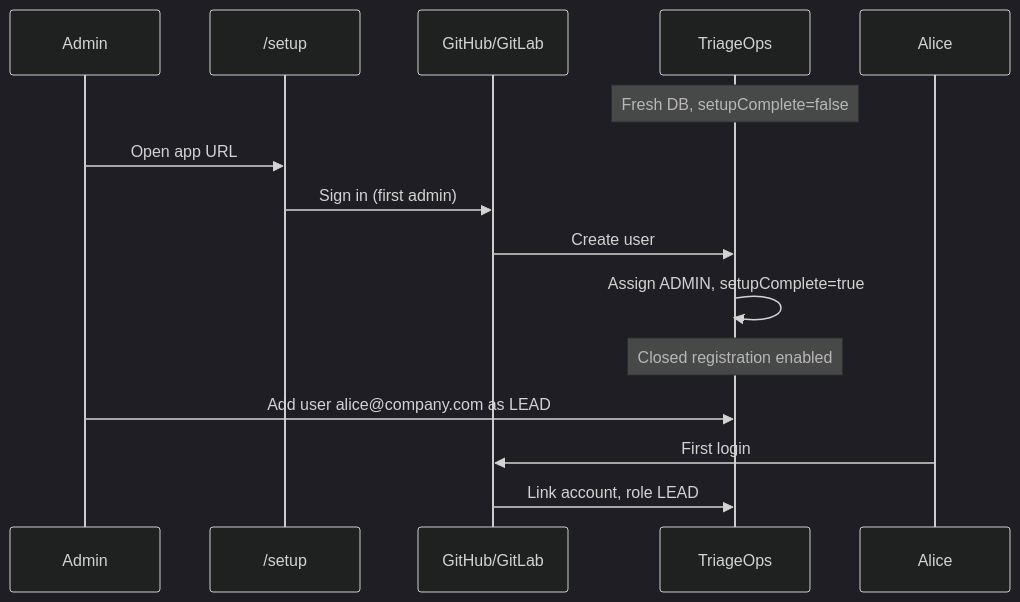
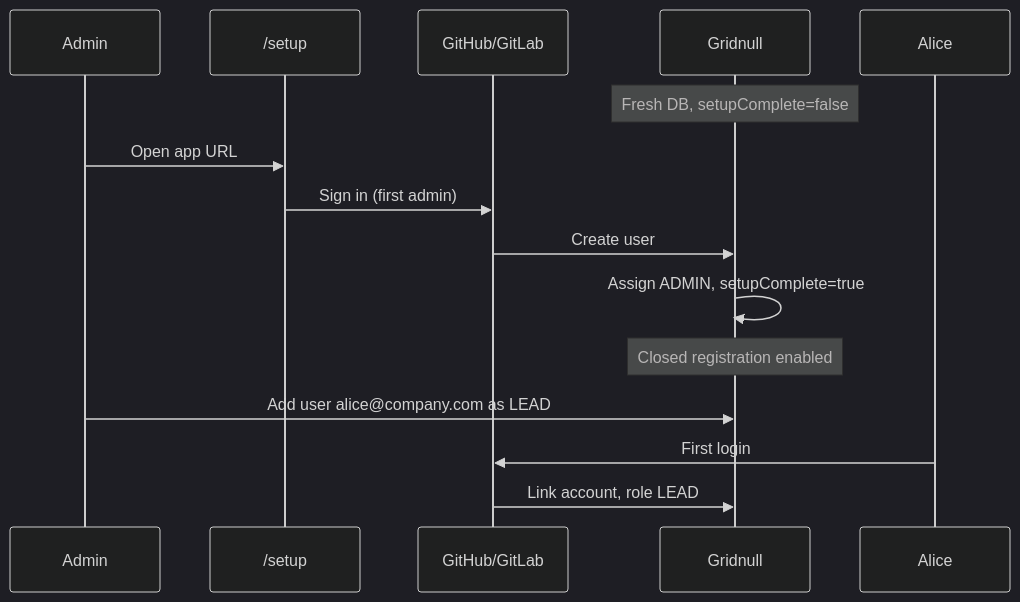
Before and after one commit to ktauchert/triage-ops: the first of 2 diagrams in docs/on-prem-product.md, drawn with Mermaid (dark theme). The commit also changed other lines of this file and 162 other files, not shown here.

````diff
--- a/docs/on-prem-product.md
+++ b/docs/on-prem-product.md
@@ -31,17 +31,17 @@
 ```mermaid
 sequenceDiagram
   participant Admin
   participant Setup as /setup
   participant OAuth as GitHub/GitLab
-  participant App as TriageOps
+  participant App as Gridnull
 
   Note over App: Fresh DB, setupComplete=false
   Admin->>Setup: Open app URL
   Setup->>OAuth: Sign in (first admin)
   OAuth->>App: Create user
   App->>App: Assign ADMIN, setupComplete=true
   Note over App: Closed registration enabled
   Admin->>App: Add user alice@company.com as LEAD
   Alice->>OAuth: First login
   OAuth->>App: Link account, role LEAD
 ```
````
